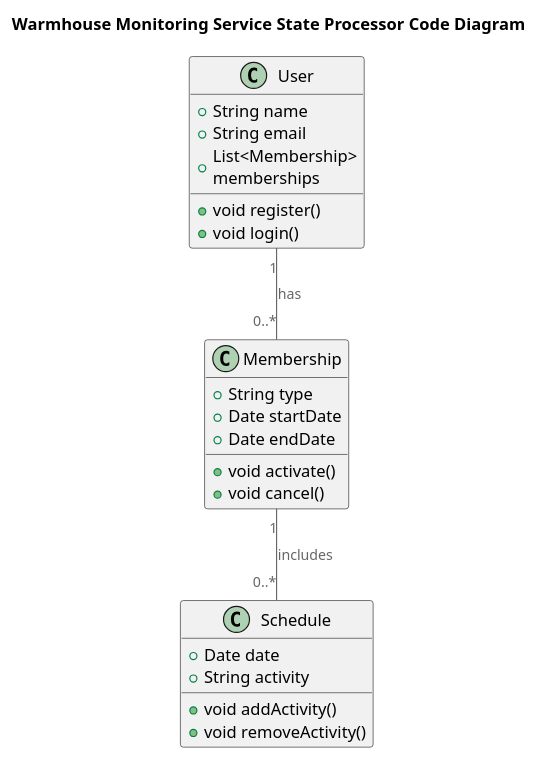
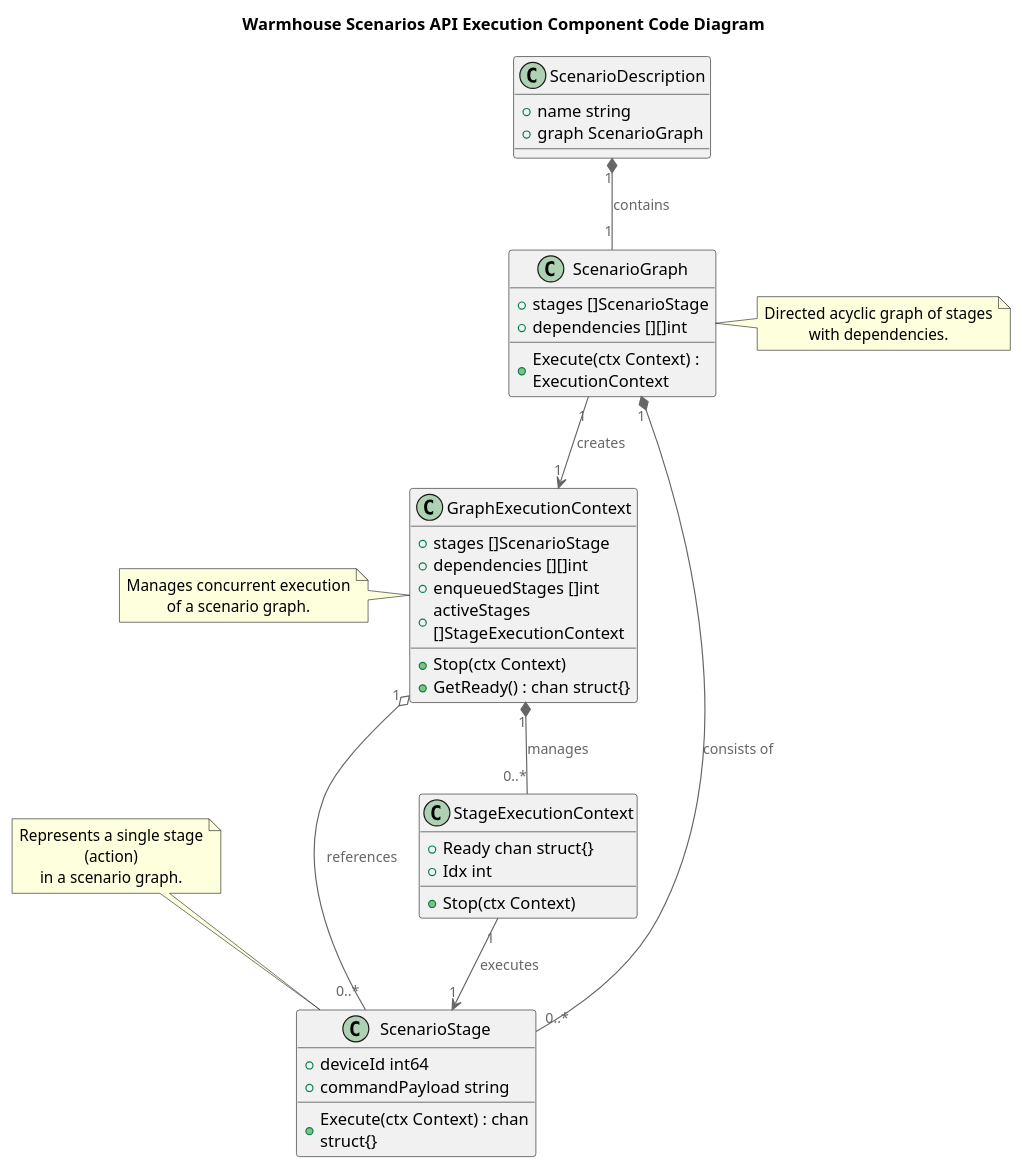
One commit to regu1yar/p1-architecture-warmhouse changed the diagram in diagrams/code/Code.puml. Above: the diagram before and after it, drawn with PlantUML. The commit also changed 1 other file, not shown here.

Commit message:
Add graphiz installation to workflow, add initial code diagram

```diff
--- a/diagrams/code/Code.puml
+++ b/diagrams/code/Code.puml
@@ -1,35 +1,65 @@
 @startuml
-title Warmhouse Monitoring Service State Processor Code Diagram
+title Warmhouse Scenarios API Execution Component Code Diagram
 
 top to bottom direction
 
 !include https://raw.githubusercontent.com/plantuml-stdlib/C4-PlantUML/master/C4_Component.puml
 ' !include ../common/C4_Component.puml
 
-class User {
-  +String name
-  +String email
-  +List<Membership> memberships
-  +void register()
-  +void login()
+class ScenarioStage {
+  +deviceId int64
+  +commandPayload string
+  +Execute(ctx Context) : chan struct{}
 }
 
-class Membership {
-  +String type
-  +Date startDate
-  +Date endDate
-  +void activate()
-  +void cancel()
+class StageExecutionContext {
+  +Ready chan struct{}
+  +Stop(ctx Context)
+  +Idx int
 }
 
-class Schedule {
-  +Date date
-  +String activity
-  +void addActivity()
-  +void removeActivity()
+class GraphExecutionContext {
+  +stages []ScenarioStage
+  +dependencies [][]int
+  +enqueuedStages []int
+  +activeStages []StageExecutionContext
+  +Stop(ctx Context)
+  +GetReady() : chan struct{}
 }
 
-User "1" -- "0..*" Membership : has
-Membership "1" -- "0..*" Schedule : includes
+class ScenarioGraph {
+  +stages []ScenarioStage
+  +dependencies [][]int
+  +Execute(ctx Context) : ExecutionContext
+}
+
+class ScenarioDescription {
+  +name string
+  +graph ScenarioGraph
+}
+
+' Relationships
+ScenarioDescription "1" *-- "1" ScenarioGraph : contains
+ScenarioGraph "1" *-- "0..*" ScenarioStage : consists of
+ScenarioGraph "1" --> "1" GraphExecutionContext : creates
+GraphExecutionContext "1" o-- "0..*" ScenarioStage : references
+GraphExecutionContext "1" *-- "0..*" StageExecutionContext : manages
+StageExecutionContext "1" --> "1" ScenarioStage : executes
+
+' Notes
+note top of ScenarioStage
+  Represents a single stage (action)
+  in a scenario graph.
+end note
+
+note right of ScenarioGraph
+  Directed acyclic graph of stages
+  with dependencies.
+end note
+
+note left of GraphExecutionContext
+  Manages concurrent execution
+  of a scenario graph.
+end note
 
 @enduml
```
